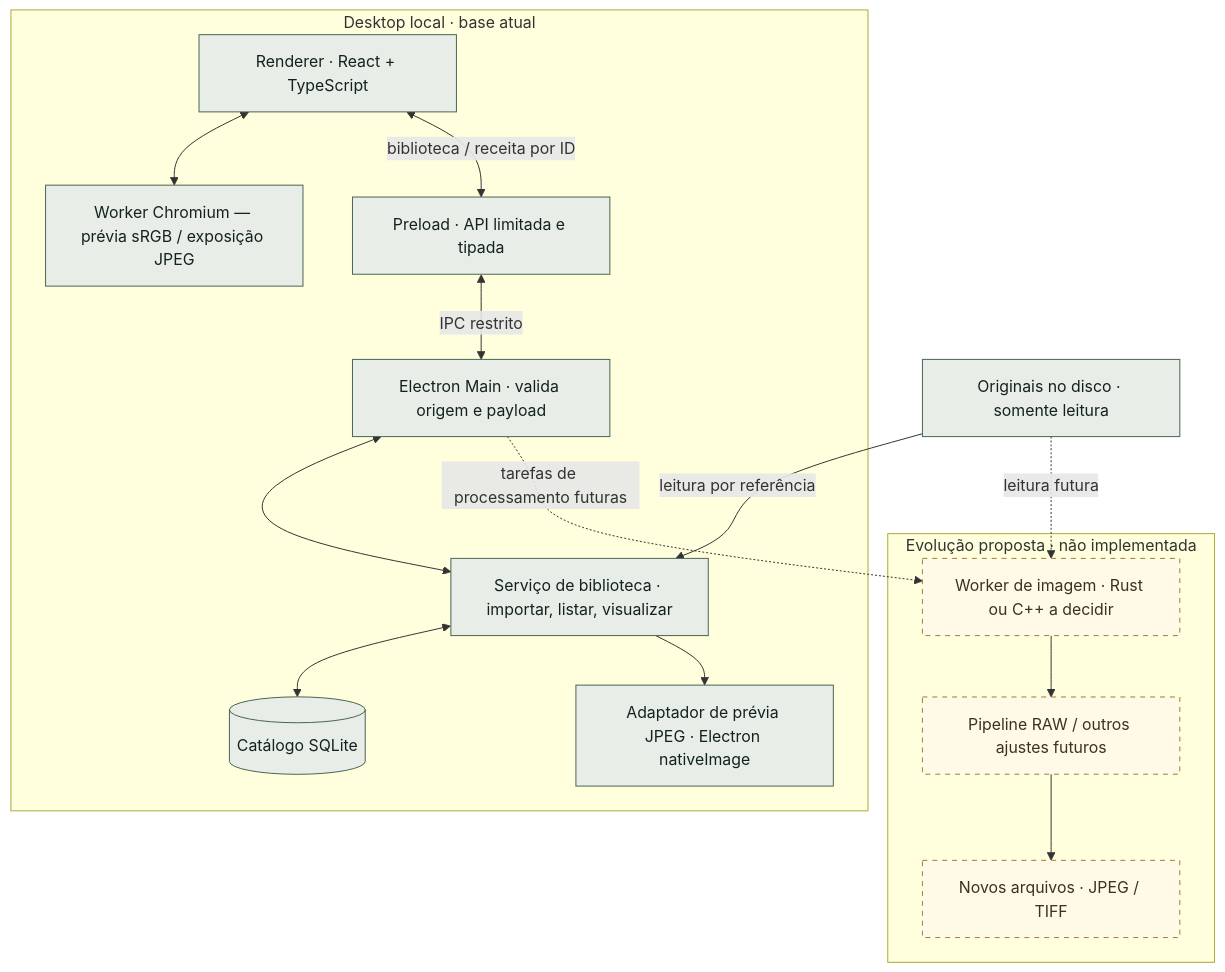
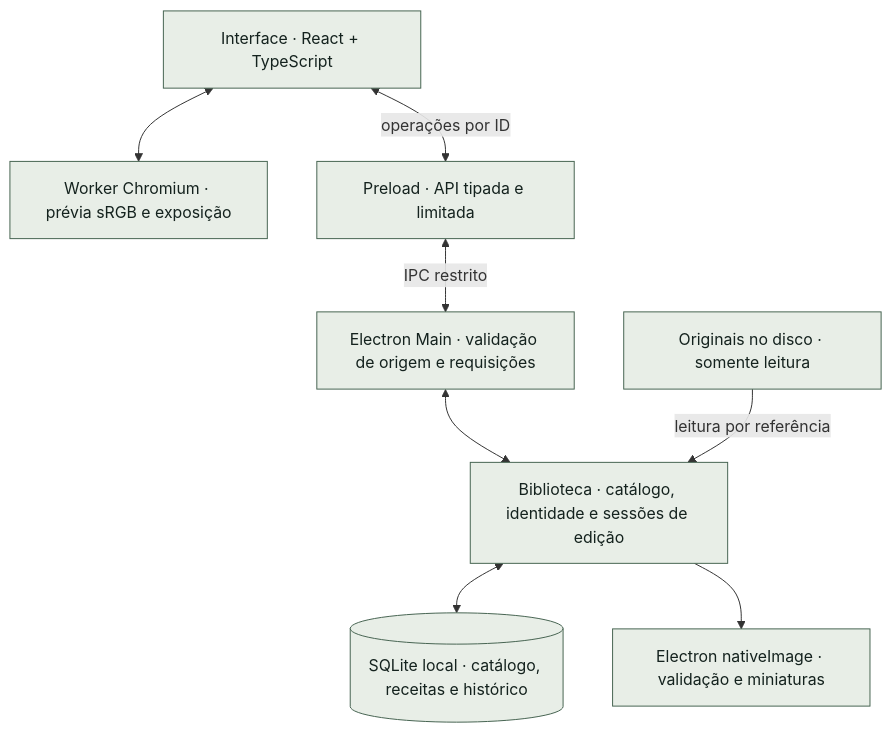
Before and after one commit to glaucia86/revelumo: the diagram in README.md, drawn with Mermaid. The commit also changed other lines of this file, not shown here.

Commit message:
docs: refresh README with real interface and development status

````diff
--- a/README.md
+++ b/README.md
@@ -66,35 +205,22 @@
 ```mermaid
 flowchart TB
-    subgraph desktop["Desktop local · base atual"]
-        UI["Renderer · React + TypeScript"]
-        PRE["Preload · API limitada e tipada"]
-        MAIN["Electron Main · valida origem e payload"]
-        LIB["Serviço de biblioteca · importar, listar, visualizar"]
-        DB[("Catálogo SQLite")]
-        DEC["Adaptador de prévia JPEG · Electron nativeImage"]
-        EDIT["Worker Chromium — prévia sRGB / exposição JPEG"]
-        UI <--> EDIT
-        UI <-->|"biblioteca / receita por ID"| PRE
-        PRE <-->|"IPC restrito"| MAIN
-        MAIN <--> LIB
-        LIB <--> DB
-        LIB --> DEC
-    end
+    UI["Interface · React + TypeScript"]
+    EDIT["Worker Chromium · prévia sRGB e exposição"]
+    PRE["Preload · API tipada e limitada"]
+    MAIN["Electron Main · validação de origem e requisições"]
+    LIB["Biblioteca · catálogo, identidade e sessões de edição"]
+    DB[("SQLite local · catálogo, receitas e histórico")]
+    DEC["Electron nativeImage · validação e miniaturas"]
+    FILES["Originais no disco · somente leitura"]
 
-    FILES["Originais no disco · somente leitura"] -->|"leitura por referência"| LIB
+    UI <--> EDIT
+    UI <-->|"operações por ID"| PRE
+    PRE <-->|"IPC restrito"| MAIN
+    MAIN <--> LIB
+    LIB <--> DB
+    LIB --> DEC
+    FILES -->|"leitura por referência"| LIB
 
-    subgraph future["Evolução proposta · não implementada"]
-        WORKER["Worker de imagem · Rust ou C++ a decidir"]
-        PIPE["Pipeline RAW / outros ajustes futuros"]
-        EXPORT["Novos arquivos · JPEG / TIFF"]
-        WORKER --> PIPE --> EXPORT
-    end
-
-    MAIN -.->|"tarefas de processamento futuras"| WORKER
-    FILES -.->|"leitura futura"| WORKER
-
-    classDef current fill:#e8eee7,stroke:#466451,color:#14221e;
-    classDef planned fill:#fff9e7,stroke:#9b7c36,color:#3c321d,stroke-dasharray:5 5;
-    class UI,PRE,MAIN,LIB,DB,DEC,FILES,EDIT current;
-    class WORKER,PIPE,EXPORT planned;
+    classDef local fill:#e8eee7,stroke:#466451,color:#14221e;
+    class UI,EDIT,PRE,MAIN,LIB,DB,DEC,FILES local;
 ```
````
